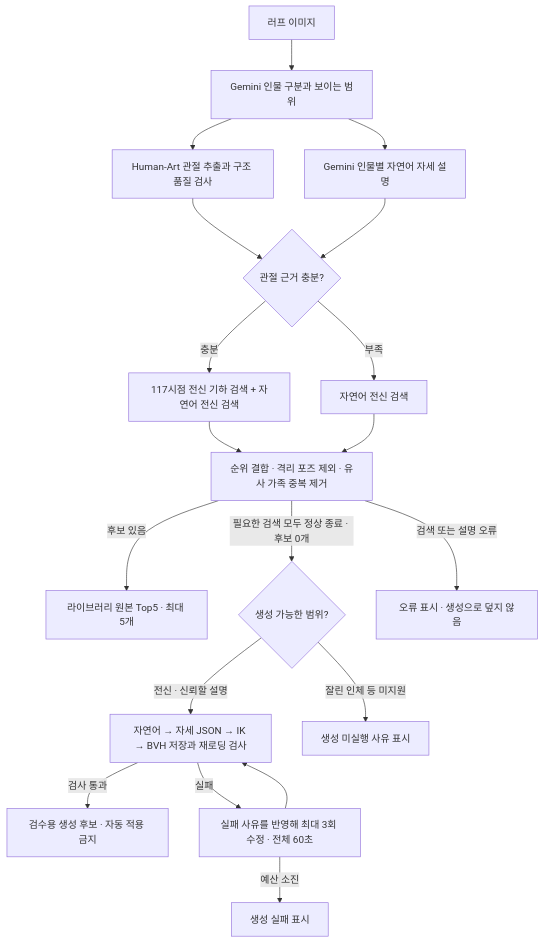
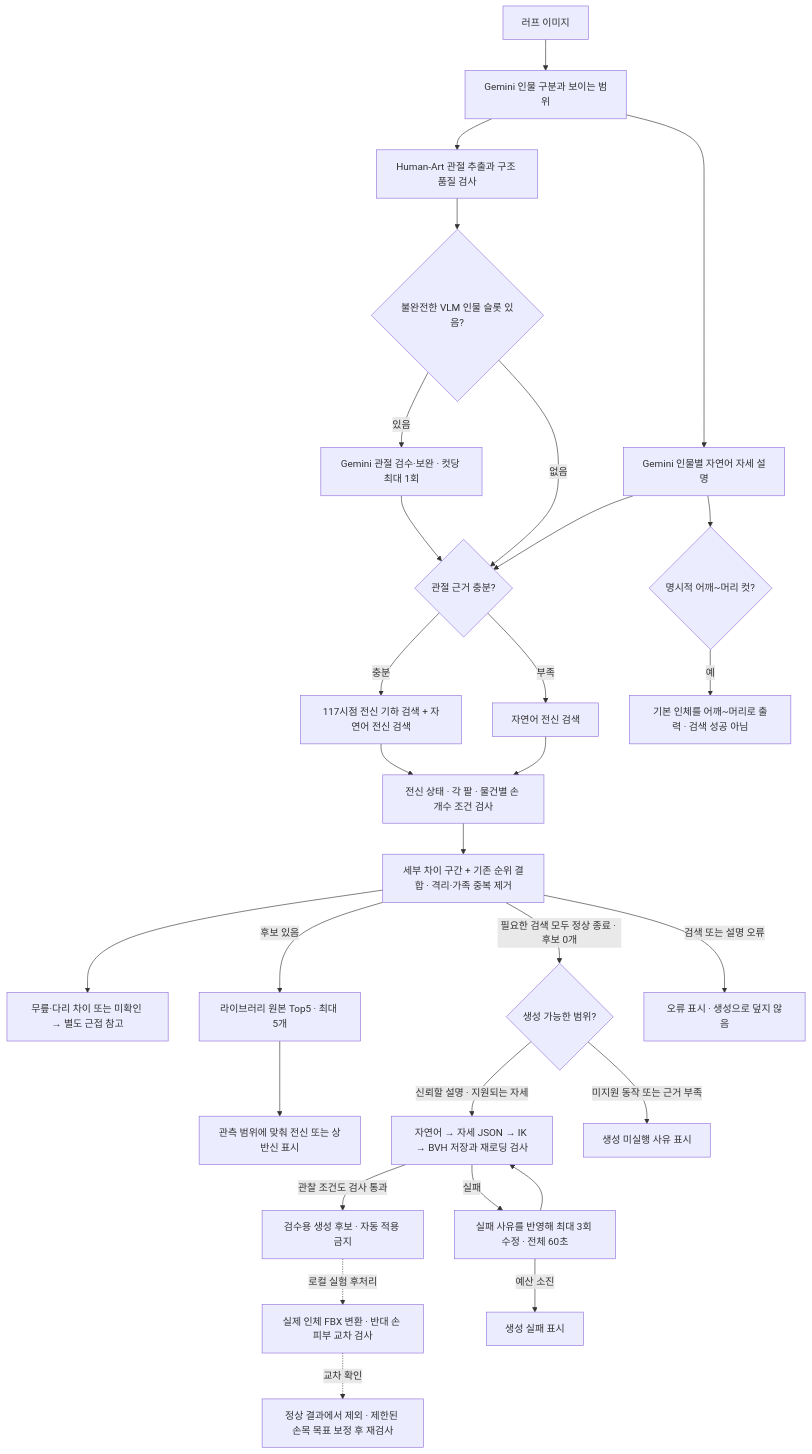
Before and after one commit to 04JUNG/Standin-server: the diagram in docs/FULLBODY_DYNAMIC_ROUTING.md, drawn with Mermaid. The commit also changed other lines of this file and 3 other files, not shown here.

````diff
--- a/docs/FULLBODY_DYNAMIC_ROUTING.md
+++ b/docs/FULLBODY_DYNAMIC_ROUTING.md
@@ -12,21 +17,31 @@
 ```mermaid
 flowchart TD
     A[러프 이미지] --> B[Gemini 인물 구분과 보이는 범위]
     B --> C[Human-Art 관절 추출과 구조 품질 검사]
     B --> D[Gemini 인물별 자연어 자세 설명]
-    C --> E{관절 근거 충분?}
+    C --> V{불완전한 VLM 인물 슬롯 있음?}
+    V -->|있음| W[Gemini 관절 검수·보완 · 컷당 최대 1회]
+    V -->|없음| E{관절 근거 충분?}
+    W --> E
     D --> E
+    D --> S{명시적 어깨~머리 컷?}
+    S -->|예| T[기본 인체를 어깨~머리로 출력 · 검색 성공 아님]
     E -->|충분| F[117시점 전신 기하 검색 + 자연어 전신 검색]
     E -->|부족| G[자연어 전신 검색]
-    F --> H[순위 결합 · 격리 포즈 제외 · 유사 가족 중복 제거]
-    G --> H
+    F --> Q[전신 상태 · 각 팔 · 물건별 손 개수 조건 검사]
+    G --> Q
+    Q --> H[세부 차이 구간 + 기존 순위 결합 · 격리·가족 중복 제거]
+    H --> R[무릎·다리 차이 또는 미확인 → 별도 근접 참고]
     H -->|후보 있음| I[라이브러리 원본 Top5 · 최대 5개]
     H -->|필요한 검색 모두 정상 종료 · 후보 0개| J{생성 가능한 범위?}
     H -->|검색 또는 설명 오류| X[오류 표시 · 생성으로 덮지 않음]
-    J -->|전신 · 신뢰할 설명| K[자연어 → 자세 JSON → IK → BVH 저장과 재로딩 검사]
-    J -->|잘린 인체 등 미지원| N[생성 미실행 사유 표시]
-    K -->|검사 통과| L[검수용 생성 후보 · 자동 적용 금지]
+    J -->|신뢰할 설명 · 지원되는 자세| K[자연어 → 자세 JSON → IK → BVH 저장과 재로딩 검사]
+    J -->|미지원 동작 또는 근거 부족| N[생성 미실행 사유 표시]
+    K -->|관찰 조건도 검사 통과| L[검수용 생성 후보 · 자동 적용 금지]
     K -->|실패| M[실패 사유를 반영해 최대 3회 수정 · 전체 60초]
     M --> K
     M -->|예산 소진| O[생성 실패 표시]
+    I --> P[관측 범위에 맞춰 전신 또는 상반신 표시]
+    L -. 로컬 실험 후처리 .-> V3[실제 인체 FBX 변환 · 반대 손 피부 교차 검사]
+    V3 -. 교차 확인 .-> V4[정상 결과에서 제외 · 제한된 손목 목표 보정 후 재검사]
 ```
````
